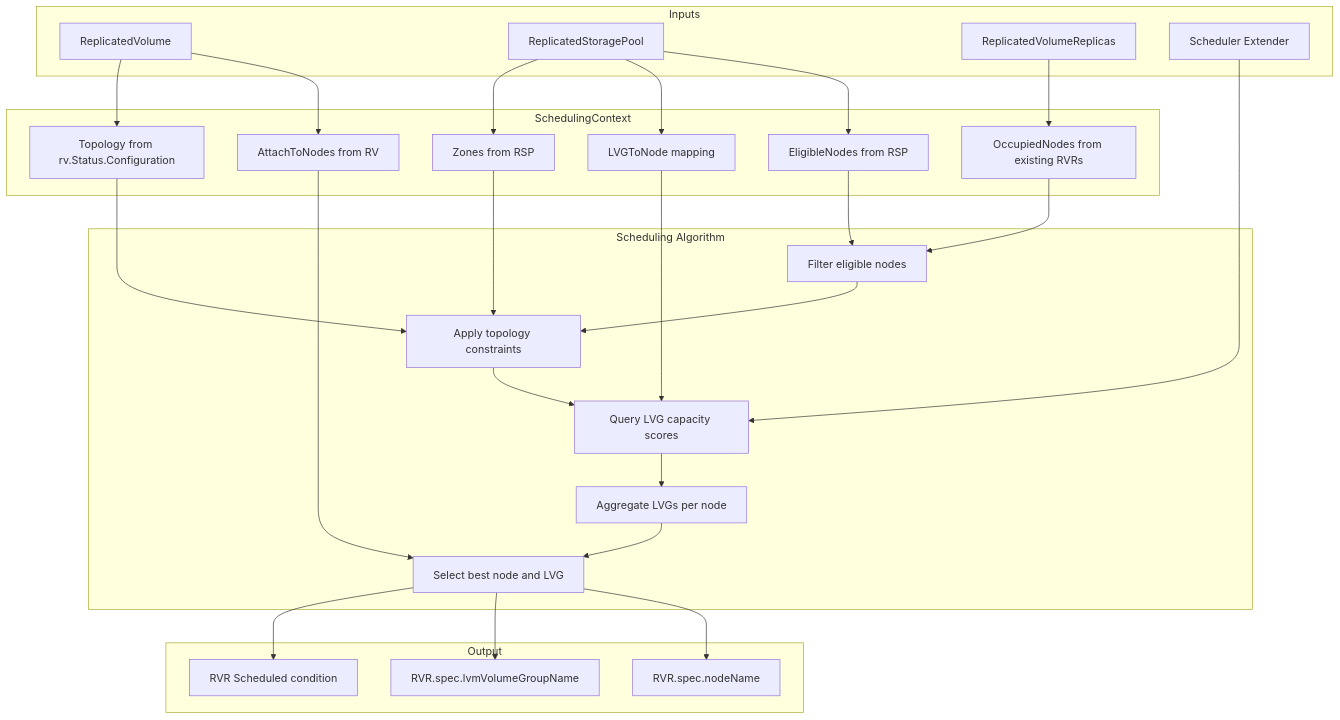
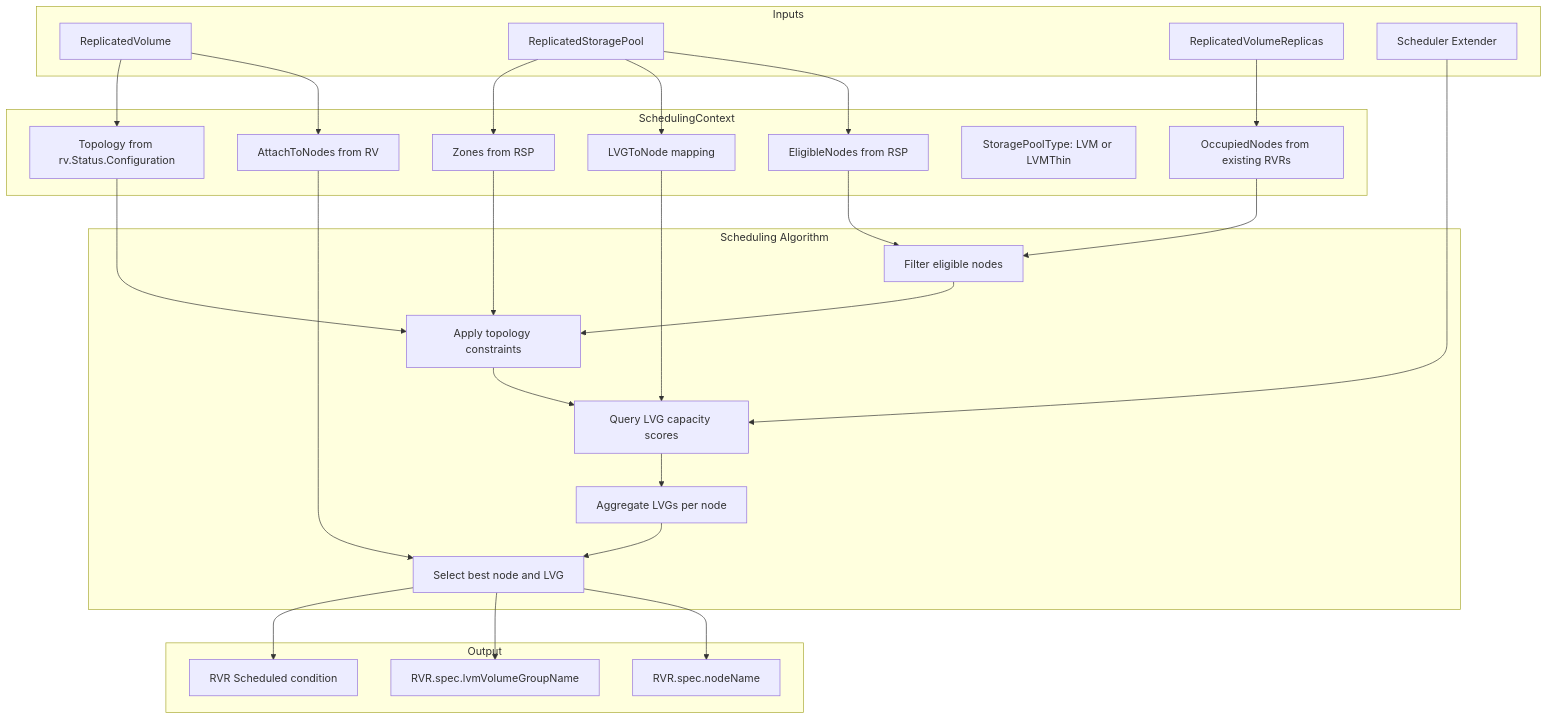
One commit to deckhouse/sds-replicated-volume changed the second of 5 diagrams in images/controller/internal/controllers/rvr_scheduling_controller/README.md. Above: the diagram before and after it, drawn with Mermaid. The commit also changed other lines of this file and 6 other files, not shown here.

````diff
--- a/images/controller/internal/controllers/rvr_scheduling_controller/README.md
+++ b/images/controller/internal/controllers/rvr_scheduling_controller/README.md
@@ -278,55 +284,56 @@
 ```mermaid
 flowchart TD
     subgraph inputs [Inputs]
         RV[ReplicatedVolume]
         RSP[ReplicatedStoragePool]
         RVRs[ReplicatedVolumeReplicas]
         Extender[Scheduler Extender]
     end
 
     subgraph context [SchedulingContext]
         EligibleNodes[EligibleNodes from RSP]
         LVGToNode[LVGToNode mapping]
         AttachTo[AttachToNodes from RV]
         Topology[Topology from rv.Status.Configuration]
         Zones[Zones from RSP]
+        StoragePoolType[StoragePoolType: LVM or LVMThin]
         OccupiedNodes[OccupiedNodes from existing RVRs]
     end
 
     subgraph scheduling [Scheduling Algorithm]
         FilterEligible[Filter eligible nodes]
         ApplyTopology[Apply topology constraints]
         QueryCapacity[Query LVG capacity scores]
         AggregateLVG[Aggregate LVGs per node]
         SelectBest[Select best node and LVG]
     end
 
     subgraph output [Output]
         NodeName[RVR.spec.nodeName]
         LVGName[RVR.spec.lvmVolumeGroupName]
         ScheduledCond[RVR Scheduled condition]
     end
 
     RV --> AttachTo
     RV --> Topology
     RSP --> EligibleNodes
     RSP --> LVGToNode
     RSP --> Zones
     RVRs --> OccupiedNodes
 
     EligibleNodes --> FilterEligible
     OccupiedNodes --> FilterEligible
     FilterEligible --> ApplyTopology
     Topology --> ApplyTopology
     Zones --> ApplyTopology
     ApplyTopology --> QueryCapacity
     LVGToNode --> QueryCapacity
     Extender --> QueryCapacity
     QueryCapacity --> AggregateLVG
     AggregateLVG --> SelectBest
     AttachTo --> SelectBest
 
     SelectBest --> NodeName
     SelectBest --> LVGName
     SelectBest --> ScheduledCond
 ```
````
